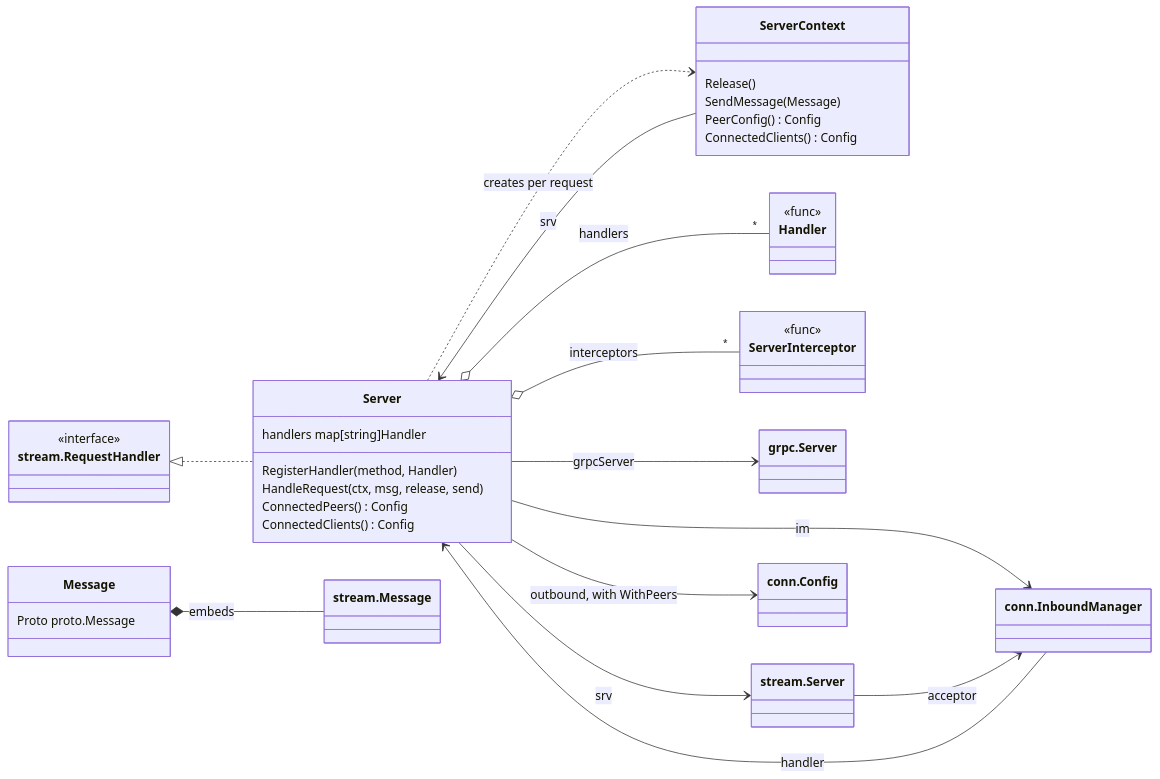
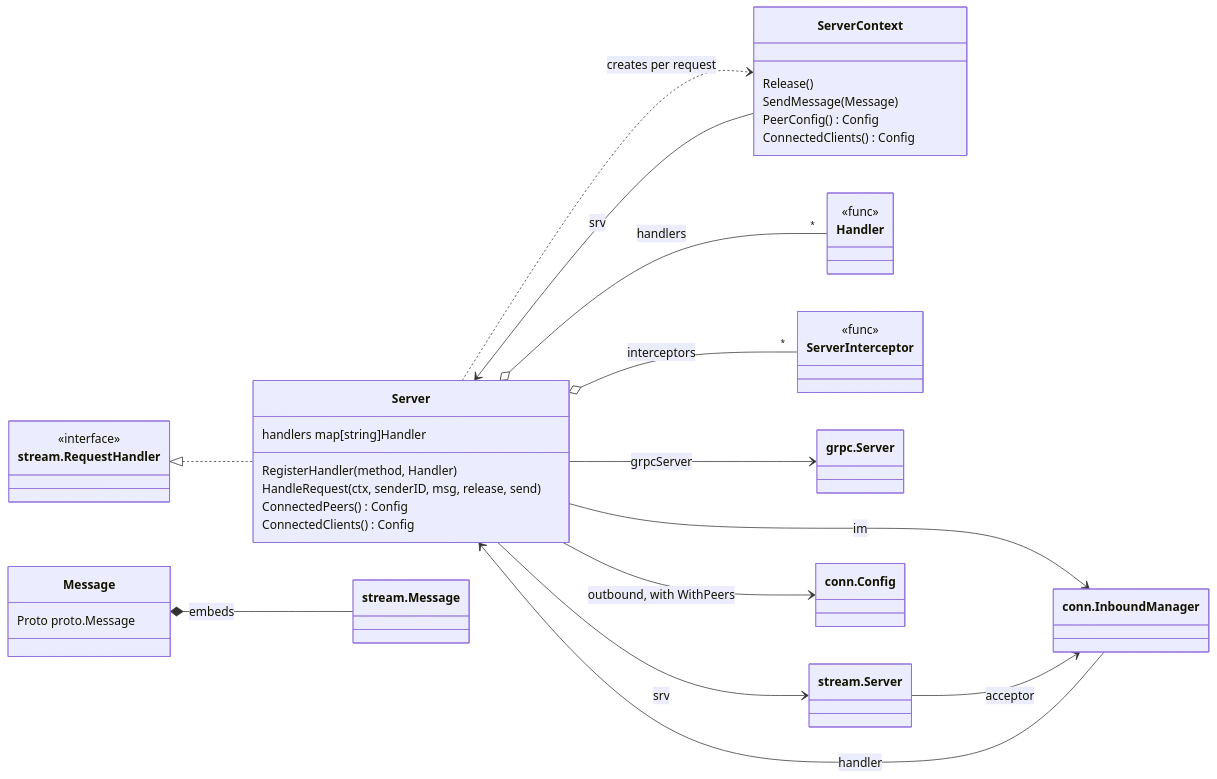
The seventh of 8 diagrams in doc/dev-guide.md (relab/gorums), drawn with Mermaid before and after one commit. The commit also changed other lines of this file and 9 other files, not shown here.

````diff
--- a/doc/dev-guide.md
+++ b/doc/dev-guide.md
@@ -451,47 +451,47 @@
 ```mermaid
 classDiagram
     direction LR
     class Server {
         handlers map[string]Handler
         RegisterHandler(method, Handler)
-        HandleRequest(ctx, msg, release, send)
+        HandleRequest(ctx, senderID, msg, release, send)
         ConnectedPeers() Config
         ConnectedClients() Config
     }
     class ServerContext {
         Release()
         SendMessage(Message)
         PeerConfig() Config
         ConnectedClients() Config
     }
     class Handler {
         <<func>>
     }
     class ServerInterceptor {
         <<func>>
     }
     class Message {
         Proto proto.Message
     }
     class GRPCServer["grpc.Server"]
     class StreamServer["stream.Server"]
     class StreamMessage["stream.Message"]
     class InboundManager["conn.InboundManager"]
     class ConnConfig["conn.Config"]
     class StreamRequestHandler["stream.RequestHandler"] {
         <<interface>>
     }
 
     Server --> GRPCServer : grpcServer
     Server --> StreamServer : srv
     Server --> InboundManager : im
     Server --> ConnConfig : outbound, with WithPeers
     Server o-- "*" Handler : handlers
     Server o-- "*" ServerInterceptor : interceptors
     StreamRequestHandler <|.. Server
     StreamServer --> InboundManager : acceptor
     InboundManager --> Server : handler
     Server ..> ServerContext : creates per request
     ServerContext --> Server : srv
     Message *-- StreamMessage : embeds
 ```
````
